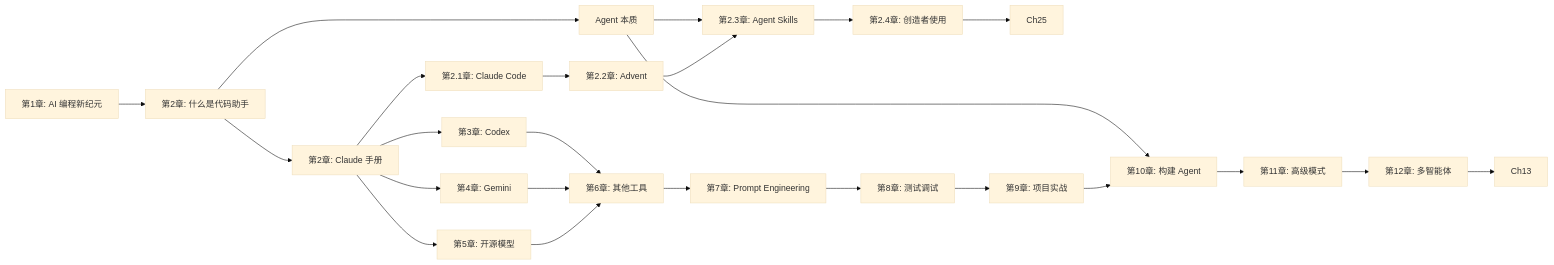
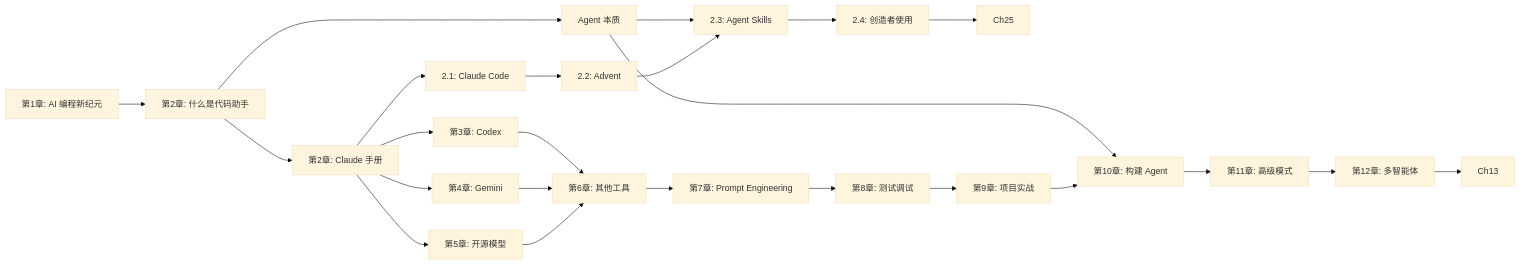
Before and after one commit to joqk12345/ai-coding-handbook: the second of 2 diagrams in visualizations/architecture-overview.md, drawn with Mermaid (base theme).

Commit message:
style: remove 第/章 from 2.1-2.7 titles in visualizations and README

````diff
--- a/visualizations/architecture-overview.md
+++ b/visualizations/architecture-overview.md
@@ -58,32 +58,32 @@
 ```mermaid
 graph LR
     C1[第1章: AI 编程新纪元] --> C2
     C2[第2章: 什么是代码助手] --> Agent
     C2 --> Ch2
     Agent[Agent 本质] --> Ch23
     Agent --> Ch10
 
     Ch2[第2章: Claude 手册] --> Ch21
-    Ch21[第2.1章: Claude Code] --> Ch22
-    Ch22[第2.2章: Advent] --> Ch23
-    Ch23[第2.3章: Agent Skills] --> Ch24
-    Ch24[第2.4章: 创造者使用] --> Ch25
+    Ch21[2.1: Claude Code] --> Ch22
+    Ch22[2.2: Advent] --> Ch23
+    Ch23[2.3: Agent Skills] --> Ch24
+    Ch24[2.4: 创造者使用] --> Ch25
 
     Ch2 --> Ch3
     Ch2 --> Ch4
     Ch2 --> Ch5
     Ch3[第3章: Codex] --> Ch6
     Ch4[第4章: Gemini] --> Ch6
     Ch5[第5章: 开源模型] --> Ch6
 
     Ch6[第6章: 其他工具] --> Ch7
 
     Ch7[第7章: Prompt Engineering] --> Ch8
     Ch8[第8章: 测试调试] --> Ch9
 
     Ch9[第9章: 项目实战] --> Ch10
 
     Ch10[第10章: 构建 Agent] --> Ch11
     Ch11[第11章: 高级模式] --> Ch12
     Ch12[第12章: 多智能体] --> Ch13
 ```
````
